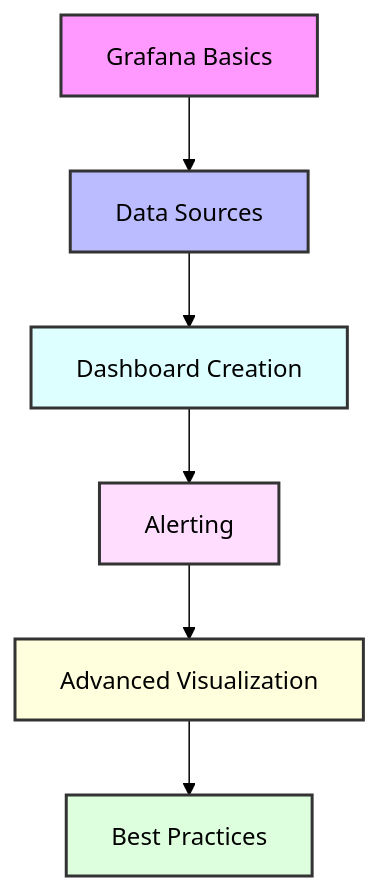
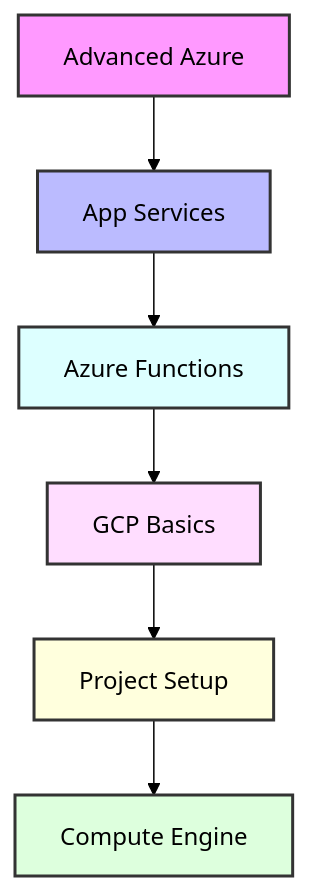
The diagram in days/day-07/README.md (dbsectrainer/devOps_tools), drawn with Mermaid (forest theme) before and after one commit. The commit also changed other lines of this file and 35 other files, not shown here.

````diff
--- a/days/day-07/README.md
+++ b/days/day-07/README.md
@@ -6,15 +8,15 @@
 ```mermaid
 graph TD
-    A[Grafana Basics] --> B[Data Sources]
-    B --> C[Dashboard Creation]
-    C --> D[Alerting]
-    D --> E[Advanced Visualization]
-    E --> F[Best Practices]
+    A[Advanced Azure] --> B[App Services]
+    B --> C[Azure Functions]
+    C --> D[GCP Basics]
+    D --> E[Project Setup]
+    E --> F[Compute Engine]
 
     style A fill:#f9f,stroke:#333,stroke-width:2px
     style B fill:#bbf,stroke:#333,stroke-width:2px
     style C fill:#dff,stroke:#333,stroke-width:2px
     style D fill:#fdf,stroke:#333,stroke-width:2px
     style E fill:#ffd,stroke:#333,stroke-width:2px
     style F fill:#dfd,stroke:#333,stroke-width:2px
 ```
````
